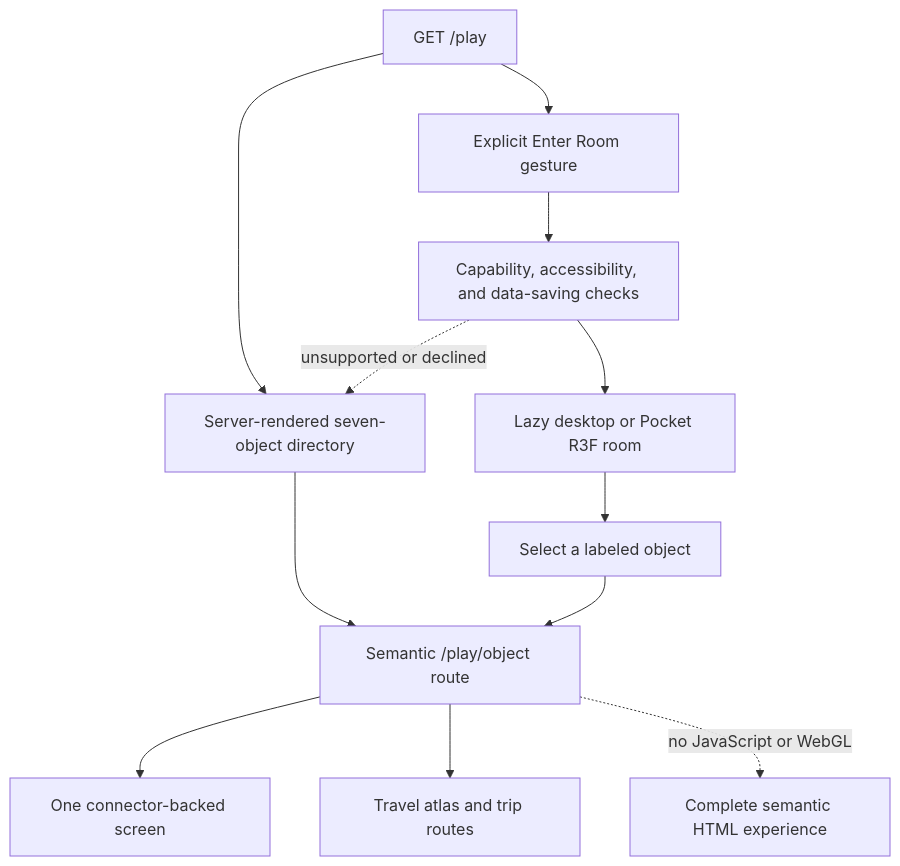
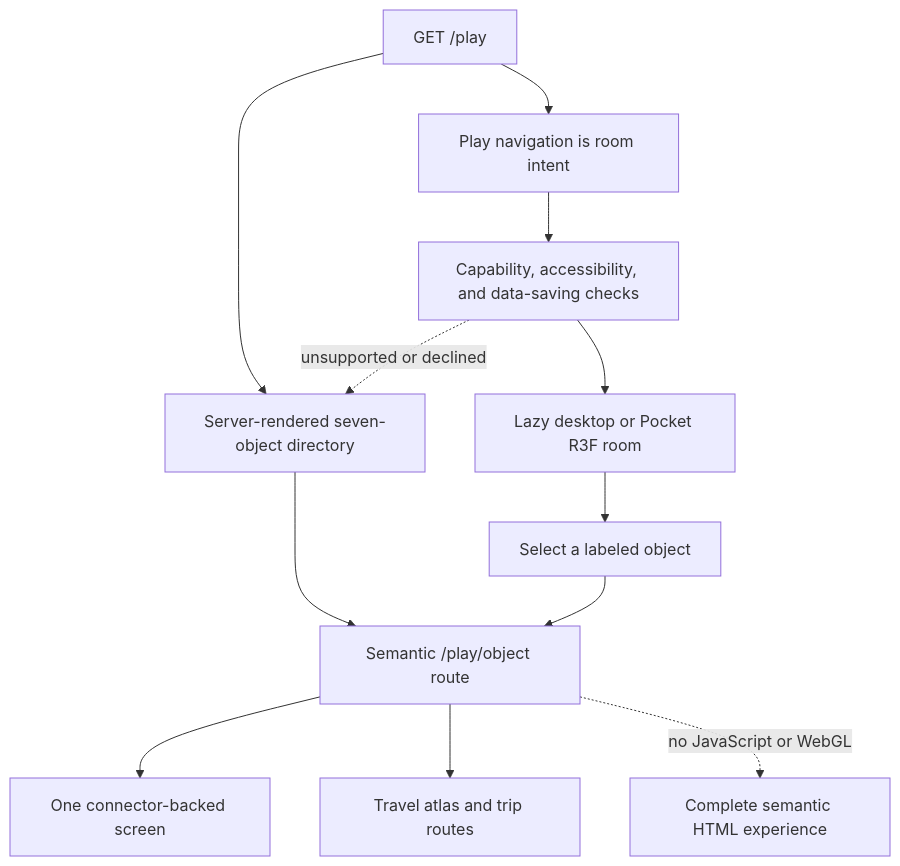
The fourth of 5 diagrams in docs/architecture/codebase-tour.md (ash0ts/anish-shah-work-in-public), drawn with Mermaid before and after one commit. The commit also changed other lines of this file and 49 other files, not shown here.

Commit message:
feat(play): enter the room directly with a baked-light diorama

````diff
--- a/docs/architecture/codebase-tour.md
+++ b/docs/architecture/codebase-tour.md
@@ -177,13 +177,13 @@
 ```mermaid
 flowchart TD
   play["GET /play"] --> directory["Server-rendered seven-object directory"]
   directory --> direct["Semantic /play/object route"]
   direct --> connector["One connector-backed screen"]
   direct --> travel["Travel atlas and trip routes"]
-  play --> intent["Explicit Enter Room gesture"]
+  play --> intent["Play navigation is room intent"]
   intent --> capability["Capability, accessibility, and data-saving checks"]
   capability --> room["Lazy desktop or Pocket R3F room"]
   room --> select["Select a labeled object"] --> direct
   capability -. "unsupported or declined" .-> directory
   direct -. "no JavaScript or WebGL" .-> semantic["Complete semantic HTML experience"]
 ```
````
